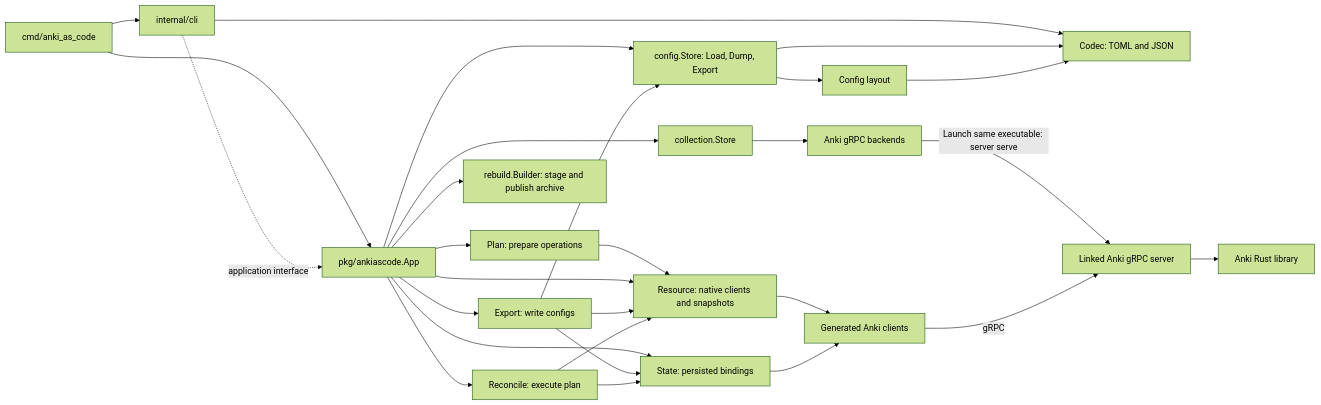
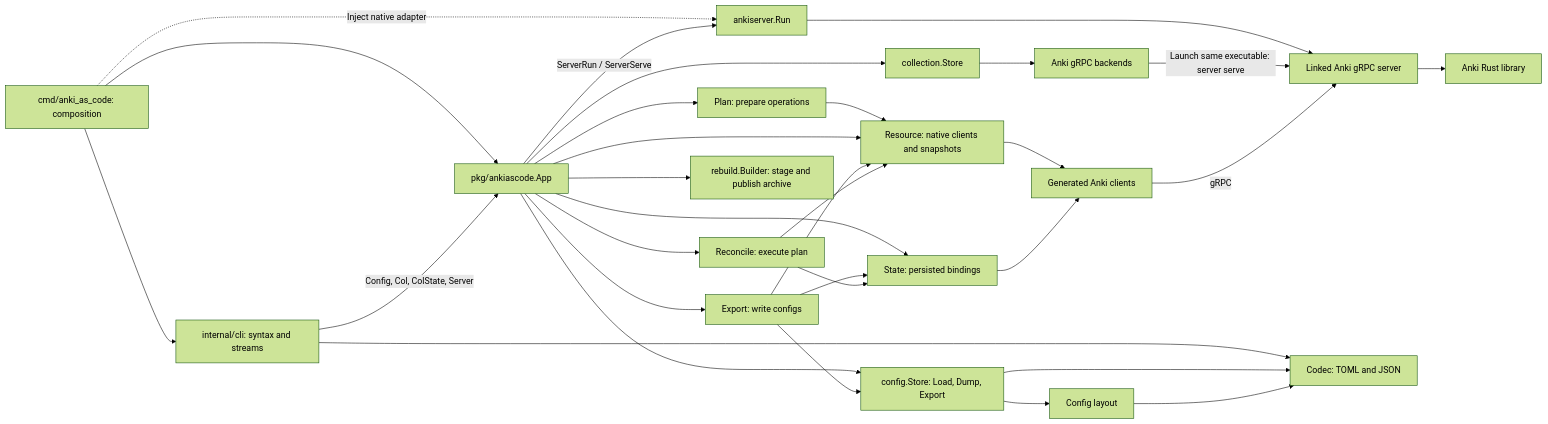
One commit to alwaldend/src changed the diagram in projects/anki_as_code/docs/architecture.mmd. Above: the diagram before and after it, drawn with Mermaid (forest theme). The commit also changed 44 other files, not shown here.

```diff
--- a/projects/anki_as_code/docs/architecture.mmd
+++ b/projects/anki_as_code/docs/architecture.mmd
@@ -1,28 +1,31 @@
 flowchart LR
-    entry[cmd/anki_as_code] --> cli[internal/cli]
+    entry[cmd/anki_as_code: composition] --> cli[internal/cli: syntax and streams]
     entry --> app[pkg/ankiascode.App]
-    cli -. application interface .-> app
+    cli -->|Config, Col, ColState, Server| app
+    entry -. Inject native adapter .-> host[ankiserver.Run]
+    app -->|ServerRun / ServerServe| host
+    host --> server[Linked Anki gRPC server]
     app --> collections[collection.Store]
     app --> export[Export: write configs]
     app --> planning[Plan: prepare operations]
     app --> reconcile[Reconcile: execute plan]
     app --> builder[rebuild.Builder: stage and publish archive]
     planning --> resource
     app --> config[config.Store: Load, Dump, Export]
     app --> state[State: persisted bindings]
     cli --> codec[Codec: TOML and JSON]
     app --> resource[Resource: native clients and snapshots]
     export --> resource
     resource --> services[Generated Anki clients]
     export --> state
     export --> config
     config --> layout[Config layout]
     config --> codec
     layout --> codec
     reconcile --> state
     reconcile --> resource
     state --> services
     collections --> backend[Anki gRPC backends]
-    backend -->|Launch same executable: server serve| server[Linked Anki gRPC server]
+    backend -->|Launch same executable: server serve| server
     services -->|gRPC| server
     server --> native[Anki Rust library]
```
